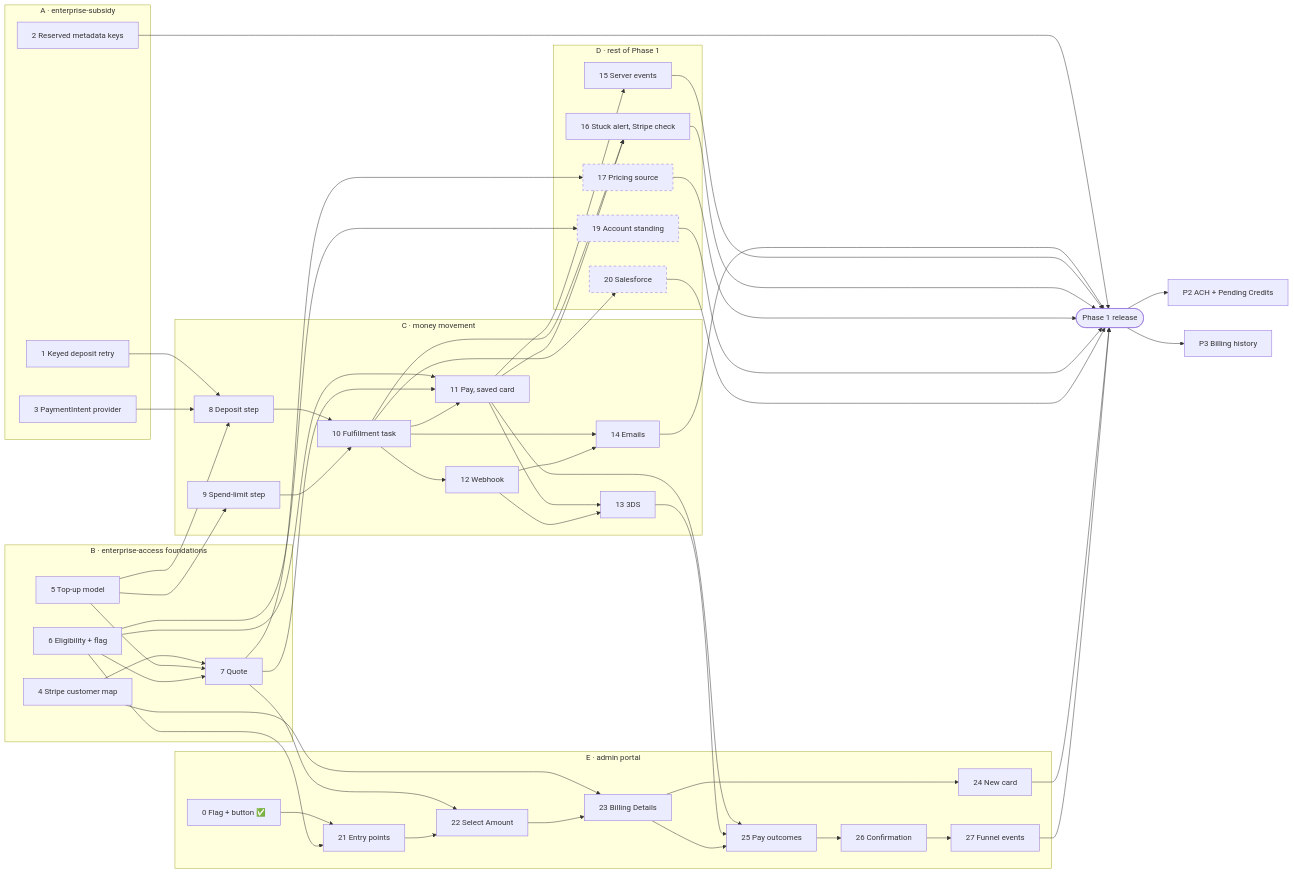
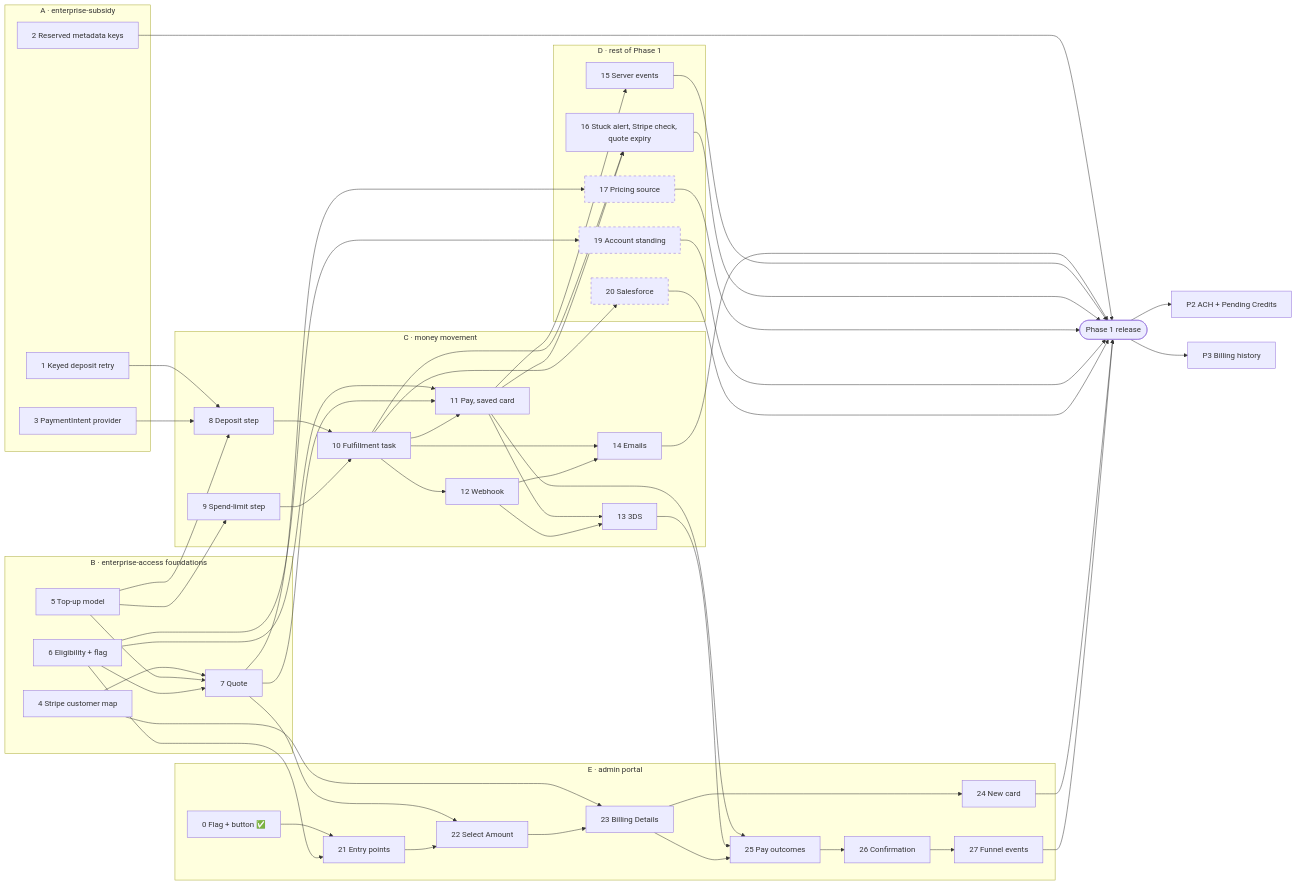
Before and after one commit to edx/enterprise-access: the third of 3 diagrams in docs/plans/impl-plan.md, drawn with Mermaid. The commit also changed other lines of this file and 1 other file, not shown here.

```diff
--- a/docs/plans/impl-plan.md
+++ b/docs/plans/impl-plan.md
@@ -807,7 +903,7 @@
     end
     subgraph D[D · rest of Phase 1]
         C15[15 Server events]
-        C16[16 Stuck alert, Stripe check]
+        C16[16 Stuck alert, Stripe check, quote expiry]
         C17[17 Pricing source]
         C19[19 Account standing]
         C20[20 Salesforce]
```
